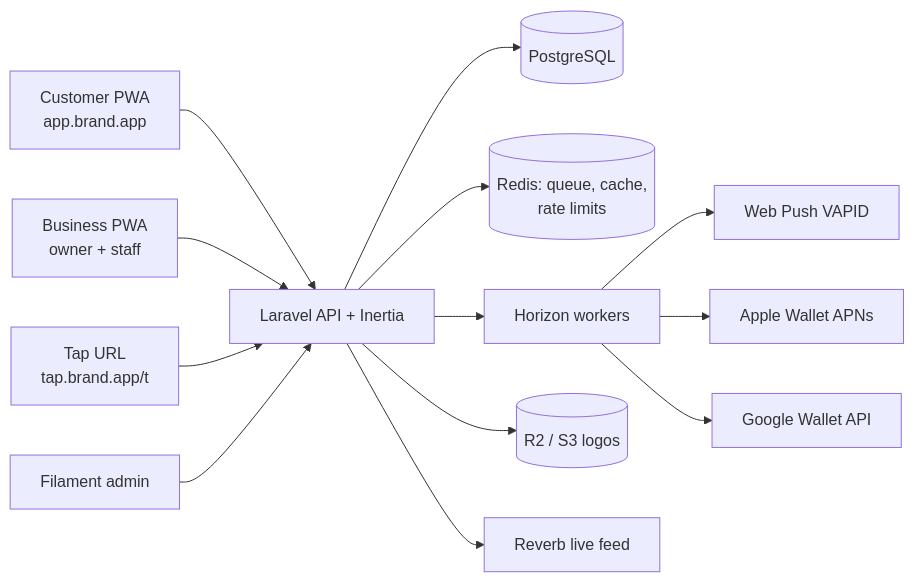
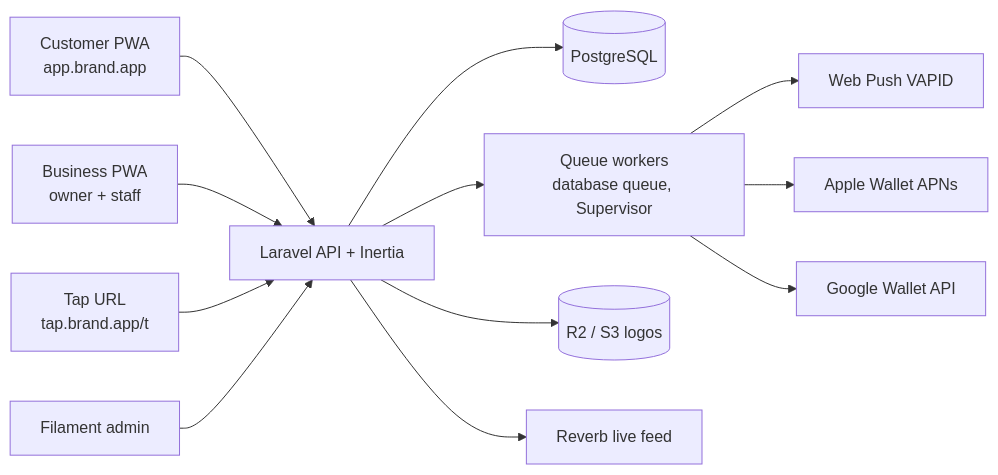
Before and after one commit to r0b0t007/punchcard: the second of 3 diagrams in docs/spec.md, drawn with Mermaid. The commit also changed other lines of this file and 12 other files, not shown here.

````diff
--- a/docs/spec.md
+++ b/docs/spec.md
@@ -188,15 +191,14 @@
 ```mermaid
 flowchart LR
     C[Customer PWA<br/>app.brand.app] --> L
     B[Business PWA<br/>owner + staff] --> L
     T[Tap URL<br/>tap.brand.app/t] --> L
     F[Filament admin] --> L
     L[Laravel API + Inertia] --> DB[(PostgreSQL)]
-    L --> R[(Redis: queue, cache,<br/>rate limits)]
-    L --> Q[Horizon workers]
+    L --> Q[Queue workers<br/>database queue, Supervisor]
     Q --> P[Web Push VAPID]
     Q --> AW[Apple Wallet APNs]
     Q --> GW[Google Wallet API]
     L --> S3[(R2 / S3 logos)]
     L --> RV[Reverb live feed]
 ```
````
